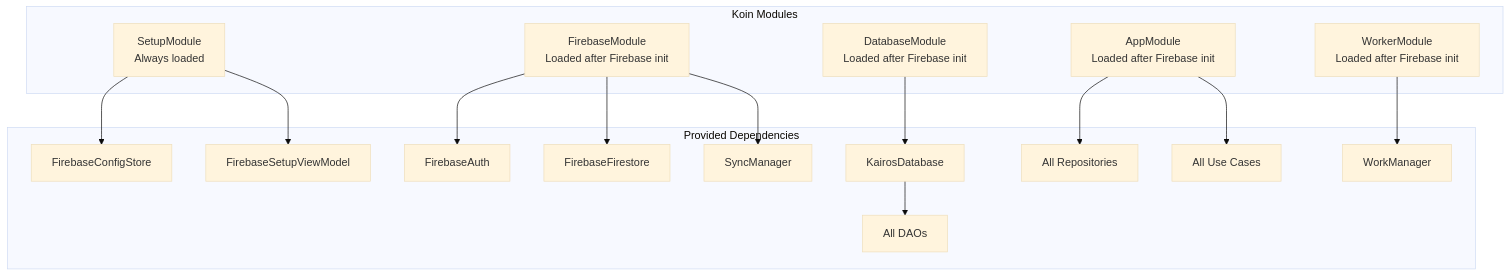
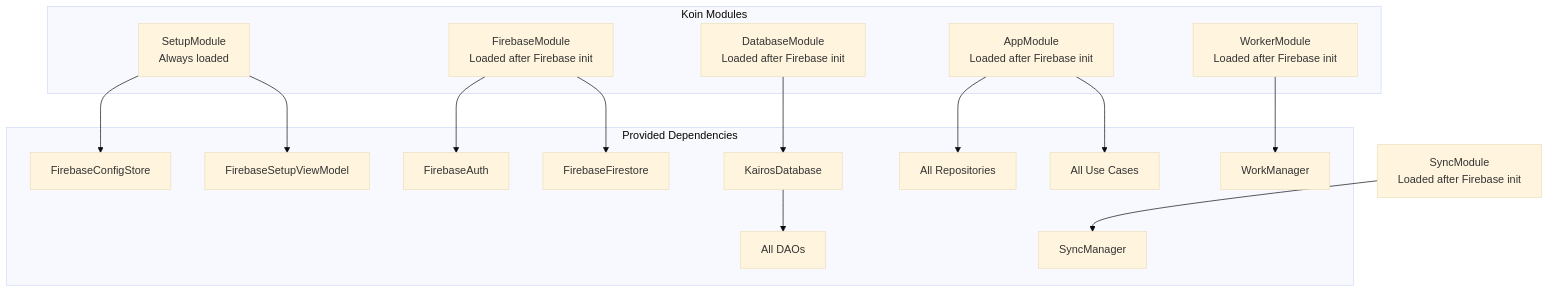
Before and after one commit to getaltair/kairos: diagram 13 of 17 in docs/07-architecture.md, drawn with Mermaid (base theme). The commit also changed other lines of this file and 18 other files, not shown here.

````diff
--- a/docs/07-architecture.md
+++ b/docs/07-architecture.md
@@ -535,33 +535,33 @@
 ```mermaid
 flowchart TB
     subgraph Modules["Koin Modules"]
         SetupModule["SetupModule<br/>Always loaded"]
         FirebaseModule["FirebaseModule<br/>Loaded after Firebase init"]
         DatabaseModule["DatabaseModule<br/>Loaded after Firebase init"]
         AppModule["AppModule<br/>Loaded after Firebase init"]
         WorkerModule["WorkerModule<br/>Loaded after Firebase init"]
     end
 
     subgraph Provides["Provided Dependencies"]
         ConfigStore["FirebaseConfigStore"]
         SetupVM["FirebaseSetupViewModel"]
         FireAuth["FirebaseAuth"]
         FireFS["FirebaseFirestore"]
         DB["KairosDatabase"]
         DAOs["All DAOs"]
         Repos["All Repositories"]
         UseCases["All Use Cases"]
         SyncMgr["SyncManager"]
         WorkMgr["WorkManager"]
     end
 
     SetupModule --> ConfigStore
     SetupModule --> SetupVM
     FirebaseModule --> FireAuth
     FirebaseModule --> FireFS
-    FirebaseModule --> SyncMgr
+    SyncModule["SyncModule<br/>Loaded after Firebase init"] --> SyncMgr
     DatabaseModule --> DB --> DAOs
     AppModule --> Repos
     AppModule --> UseCases
     WorkerModule --> WorkMgr
 ```
````
